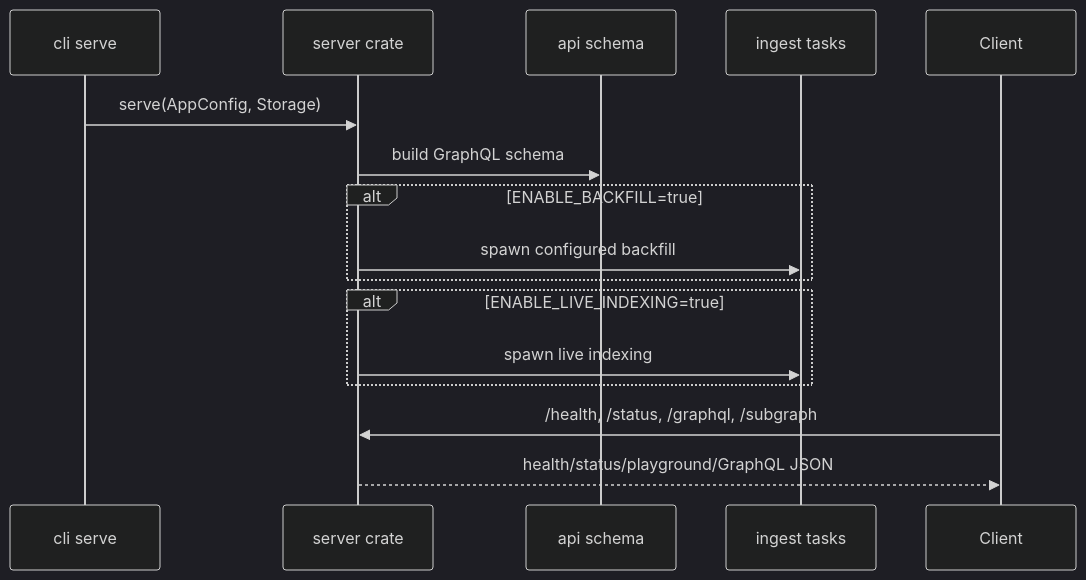
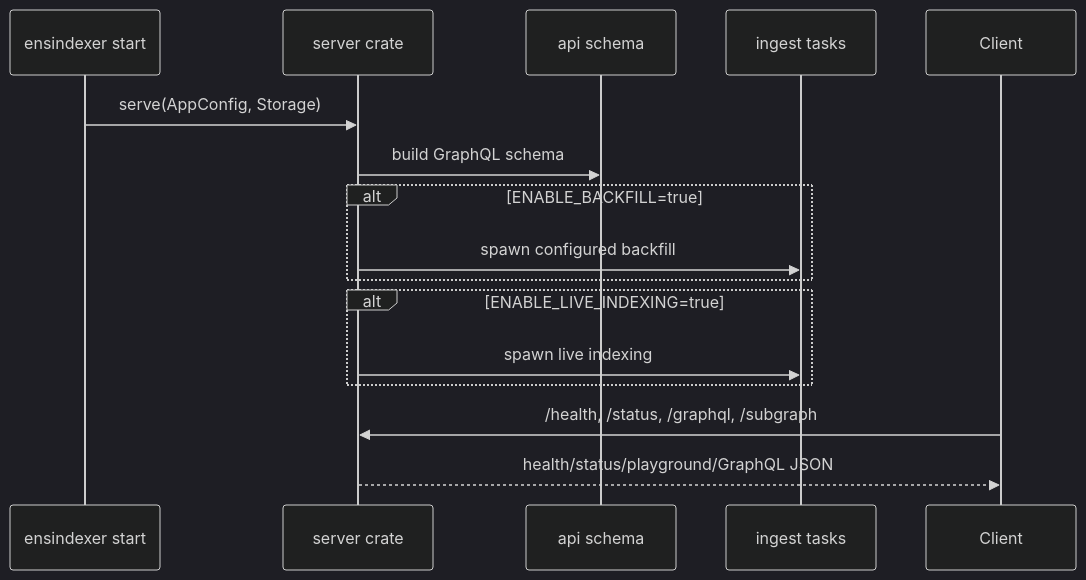
The diagram in crates/server/README.md (thenamespace/ensindexer-rs), drawn with Mermaid (dark theme) before and after one commit. The commit also changed other lines of this file and 14 other files, not shown here.

````diff
--- a/crates/server/README.md
+++ b/crates/server/README.md
@@ -7,19 +7,19 @@
 ```mermaid
 sequenceDiagram
-    participant CLI as cli serve
+    participant CLI as ensindexer start
     participant Server as server crate
     participant API as api schema
     participant Ingest as ingest tasks
     participant Client
 
     CLI->>Server: serve(AppConfig, Storage)
     Server->>API: build GraphQL schema
     alt ENABLE_BACKFILL=true
         Server->>Ingest: spawn configured backfill
     end
     alt ENABLE_LIVE_INDEXING=true
         Server->>Ingest: spawn live indexing
     end
     Client->>Server: /health, /status, /graphql, /subgraph
     Server-->>Client: health/status/playground/GraphQL JSON
 ```
````
